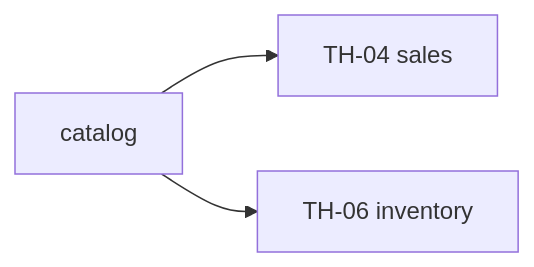
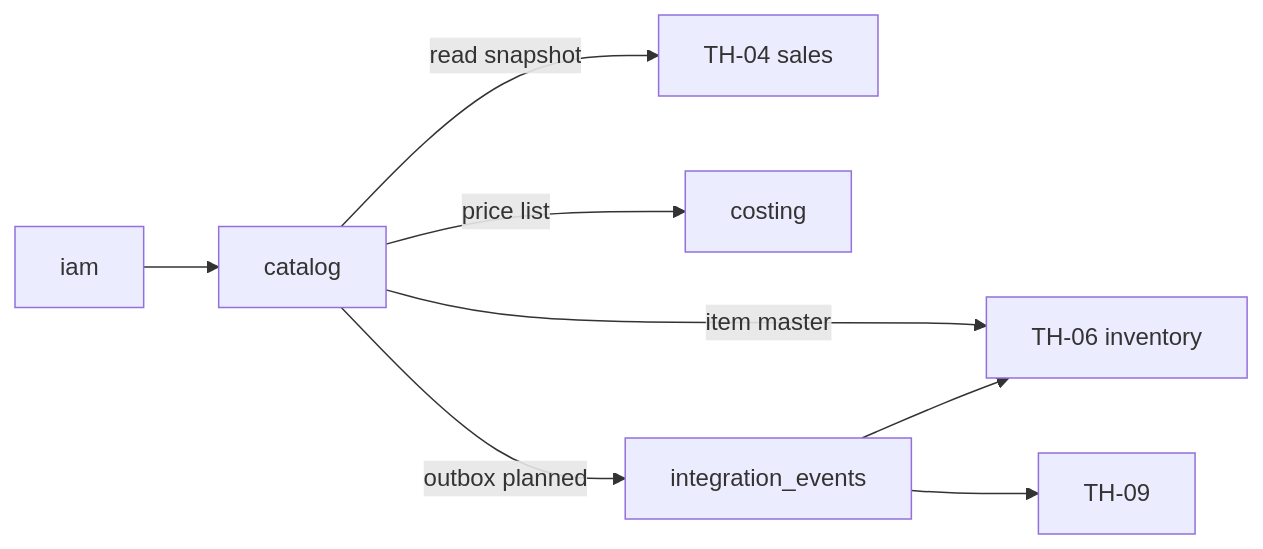
One commit to DsChien102/erp-sales-inventory changed the diagram in docs/themes/TH-02-product-pricing/02-module-map.md. Above: the diagram before and after it, drawn with Mermaid. The commit also changed other lines of this file and 35 other files, not shown here.

````diff
--- a/docs/themes/TH-02-product-pricing/02-module-map.md
+++ b/docs/themes/TH-02-product-pricing/02-module-map.md
@@ -10,5 +23,10 @@
 ```mermaid
 flowchart LR
-  Catalog[catalog] --> Sales[TH-04 sales]
-  Catalog --> Inventory[TH-06 inventory]
+  Catalog[catalog] -->|read snapshot| Sales[TH-04 sales]
+  Catalog -->|item master| Inventory[TH-06 inventory]
+  Catalog -->|price list| Costing[costing]
+  IAM[iam] --> Catalog
+  Catalog -->|outbox planned| Events[integration_events]
+  Events --> Inventory
+  Events --> Reporting[TH-09]
 ```
````
